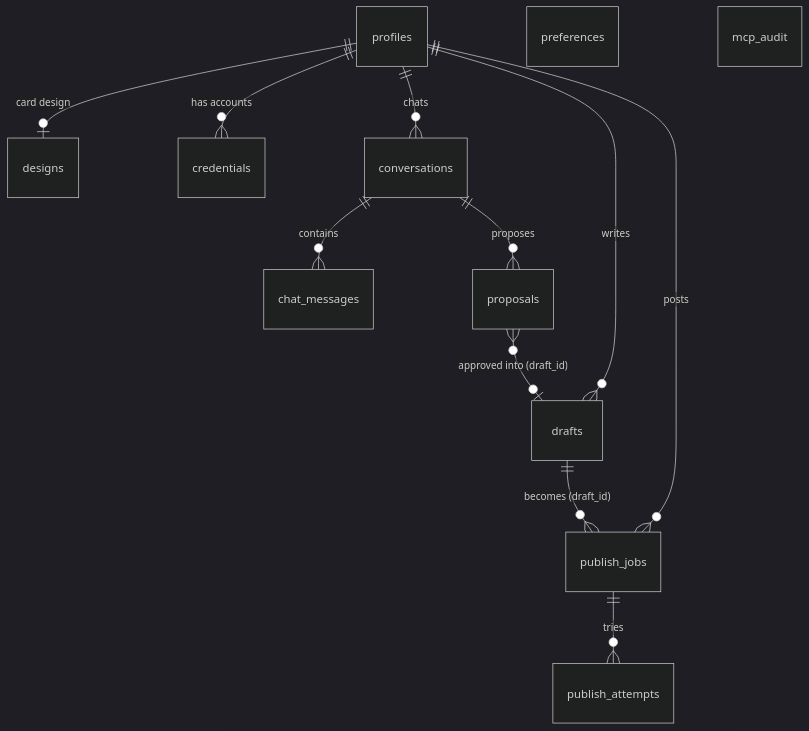
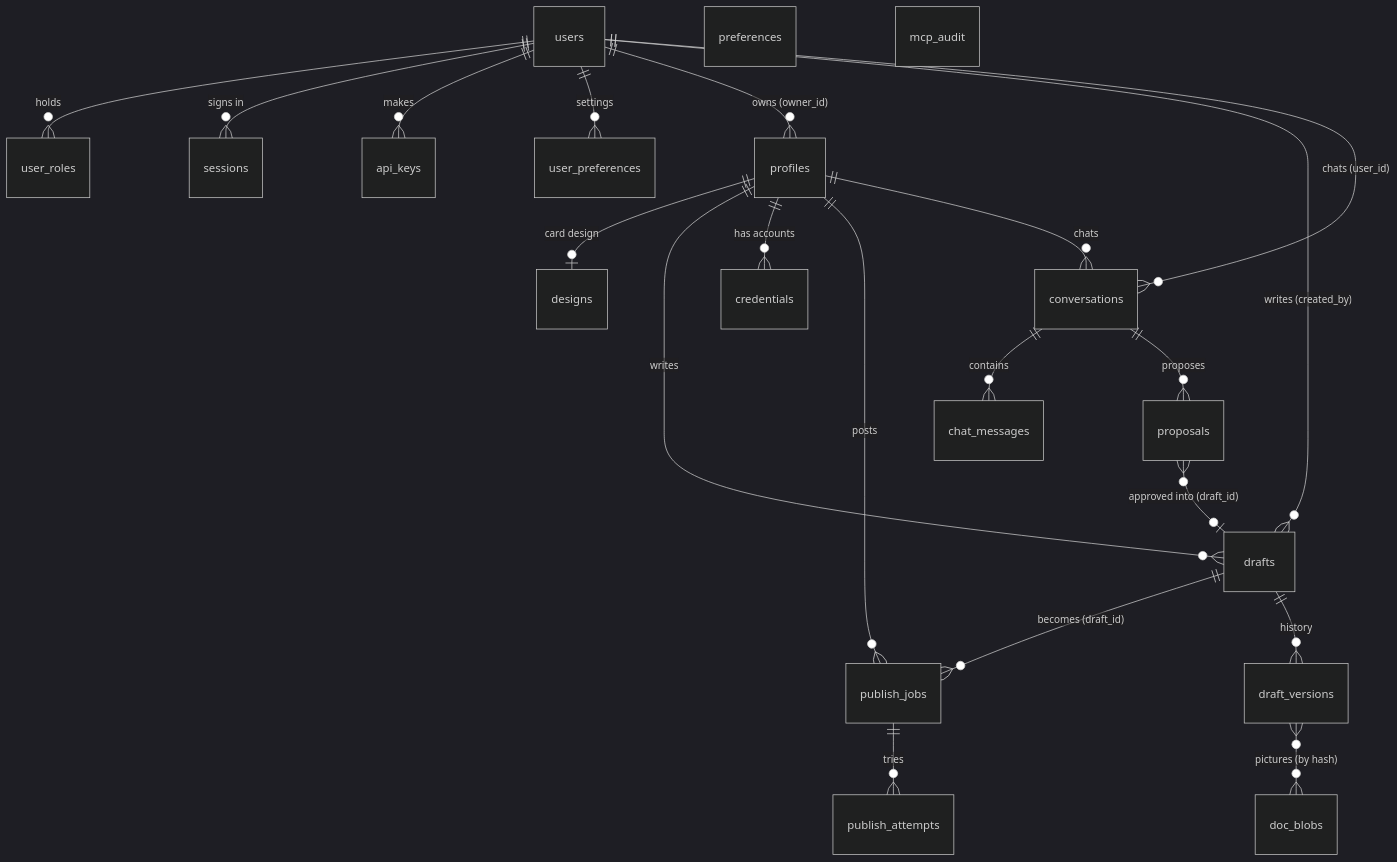
Before and after one commit to senthilsweb/cardpress: the first of 2 diagrams in docs/data-model.md, drawn with Mermaid (dark theme). The commit also changed other lines of this file and 6 other files, not shown here.

First line of the commit message:
Docs: bring the data model, API reference and overview pages up to date with accounts, keys and history

````diff
--- a/docs/data-model.md
+++ b/docs/data-model.md
@@ -15,15 +16,24 @@
 ```mermaid
 erDiagram
     profiles ||--o| designs : "card design"
     profiles ||--o{ drafts : writes
     profiles ||--o{ credentials : "has accounts"
     profiles ||--o{ publish_jobs : posts
     profiles ||--o{ conversations : chats
     drafts ||--o{ publish_jobs : "becomes (draft_id)"
     publish_jobs ||--o{ publish_attempts : "tries"
     conversations ||--o{ chat_messages : contains
     conversations ||--o{ proposals : "proposes"
     proposals }o--o| drafts : "approved into (draft_id)"
+    drafts ||--o{ draft_versions : "history"
+    draft_versions }o--o{ doc_blobs : "pictures (by hash)"
+    users ||--o{ user_roles : "holds"
+    users ||--o{ sessions : "signs in"
+    users ||--o{ api_keys : "makes"
+    users ||--o{ user_preferences : "settings"
+    users ||--o{ profiles : "owns (owner_id)"
+    users ||--o{ drafts : "writes (created_by)"
+    users ||--o{ conversations : "chats (user_id)"
     preferences
     mcp_audit
 ```
````
